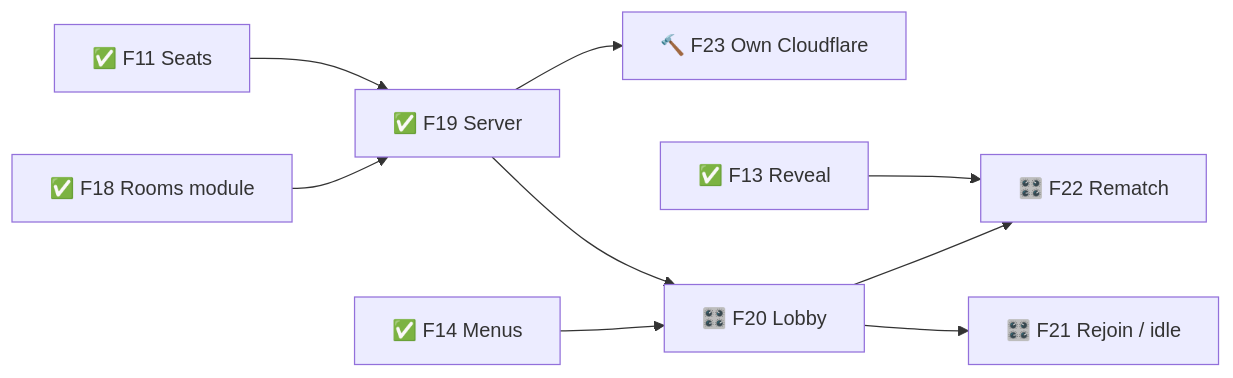
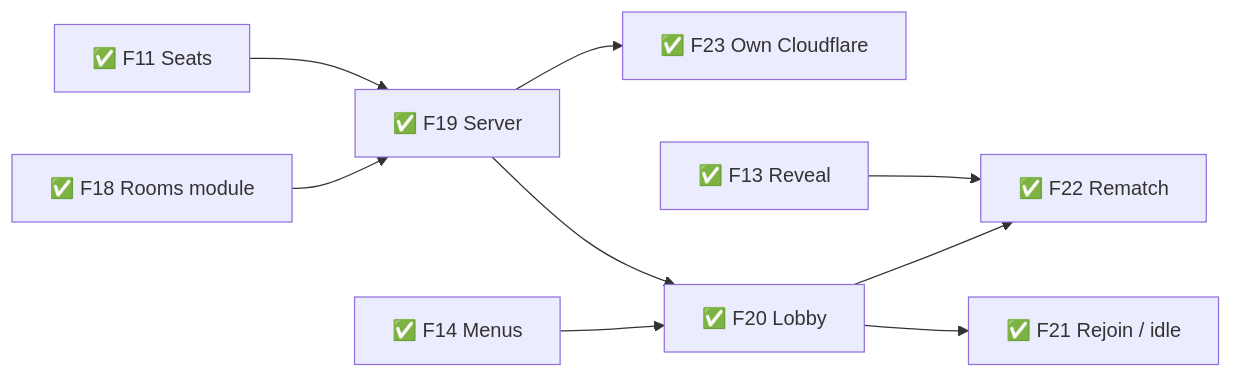
Before and after one commit to TheBlueMuzzy/Glyphtender: the fourth of 4 diagrams in .planning/ROADMAP.md, drawn with Mermaid. The commit also changed other lines of this file and 3 other files, not shown here.

````diff
--- a/.planning/ROADMAP.md
+++ b/.planning/ROADMAP.md
@@ -82,11 +82,11 @@
 ```mermaid
 flowchart LR
   F18[✅ F18 Rooms module] --> F19[✅ F19 Server]
   F11[✅ F11 Seats] --> F19
-  F19 --> F20[🎛️ F20 Lobby]
+  F19 --> F20[✅ F20 Lobby]
   F14[✅ F14 Menus] --> F20
-  F20 --> F21[🎛️ F21 Rejoin / idle]
-  F20 --> F22[🎛️ F22 Rematch]
+  F20 --> F21[✅ F21 Rejoin / idle]
+  F20 --> F22[✅ F22 Rematch]
   F13[✅ F13 Reveal] --> F22
-  F19 --> F23[🔨 F23 Own Cloudflare]
+  F19 --> F23[✅ F23 Own Cloudflare]
 ```
````
